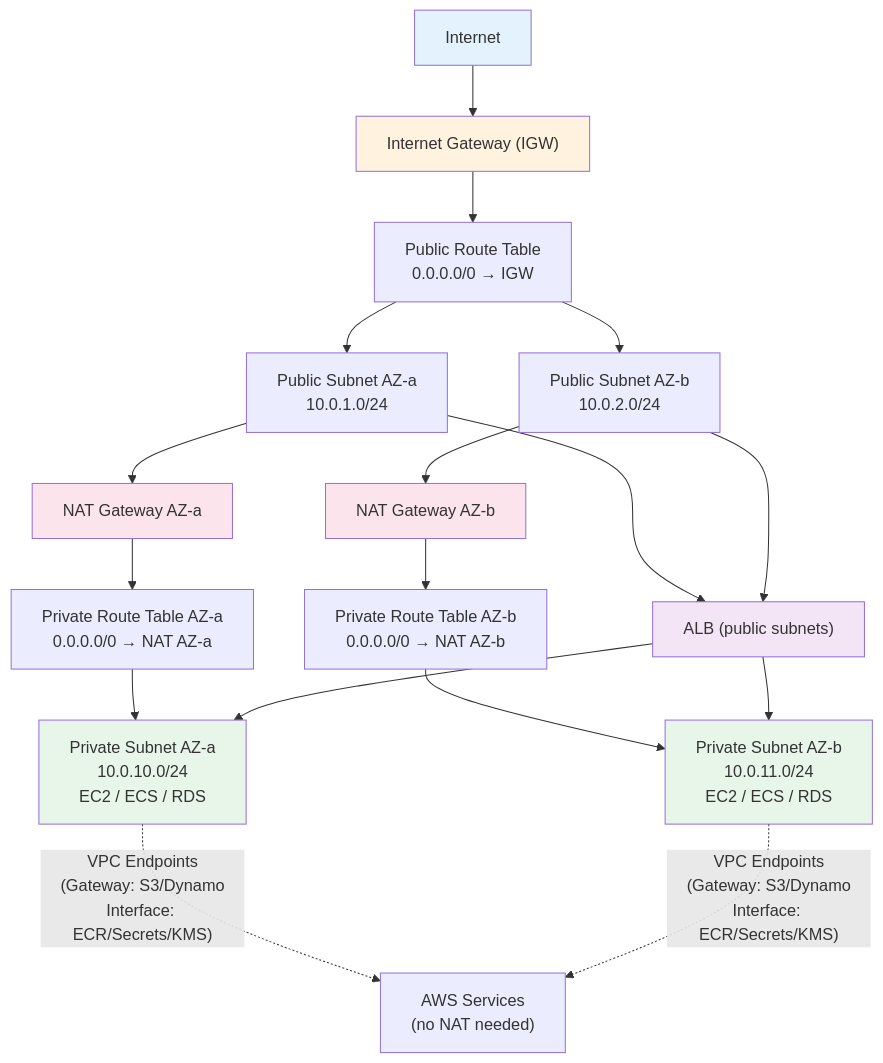
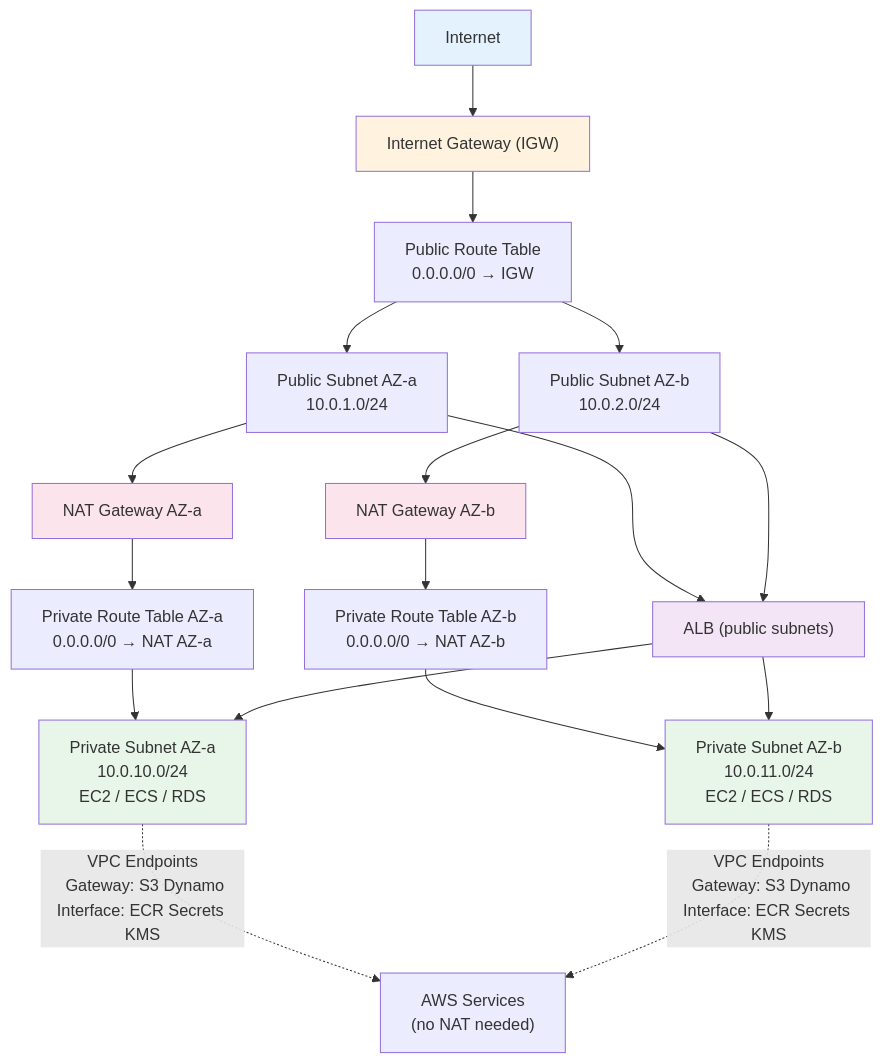
The fourth of 7 diagrams in vol-12-cloud-infra/ch05-cloud-primitives.md (bumbsclaw/textbooks), drawn with Mermaid before and after one commit. The commit also changed other lines of this file and 173 other files, not shown here.

First line of the commit message:
fix(mermaid): close note brackets, semicolons in Notes, stateDiagram br -> dash, edge parens

````diff
--- a/vol-12-cloud-infra/ch05-cloud-primitives.md
+++ b/vol-12-cloud-infra/ch05-cloud-primitives.md
@@ -596,24 +596,24 @@
 ```mermaid
 flowchart TB
     Internet["Internet"] --> IGW["Internet Gateway (IGW)"]
     IGW --> PubRT["Public Route Table<br/>0.0.0.0/0 → IGW"]
     PubRT --> PubSub1["Public Subnet AZ-a<br/>10.0.1.0/24"]
     PubRT --> PubSub2["Public Subnet AZ-b<br/>10.0.2.0/24"]
     PubSub1 --> NAT1["NAT Gateway AZ-a"]
     PubSub2 --> NAT2["NAT Gateway AZ-b"]
     NAT1 --> PrivRT1["Private Route Table AZ-a<br/>0.0.0.0/0 → NAT AZ-a"]
     NAT2 --> PrivRT2["Private Route Table AZ-b<br/>0.0.0.0/0 → NAT AZ-b"]
     PrivRT1 --> PrivSub1["Private Subnet AZ-a<br/>10.0.10.0/24<br/>EC2 / ECS / RDS"]
     PrivRT2 --> PrivSub2["Private Subnet AZ-b<br/>10.0.11.0/24<br/>EC2 / ECS / RDS"]
-    PrivSub1 & PrivSub2 -.->|"VPC Endpoints<br/>(Gateway: S3/Dynamo<br/>Interface: ECR/Secrets/KMS)"| AWS["AWS Services<br/>(no NAT needed)"]
+    PrivSub1 & PrivSub2 -.->|"VPC Endpoints<br > Gateway: S3 Dynamo<br >Interface: ECR Secrets KMS "| AWS["AWS Services<br/>(no NAT needed)"]
     PubSub1 & PubSub2 --> ALB["ALB (public subnets)"]
     ALB --> PrivSub1 & PrivSub2
 
     style Internet fill:#e3f2fd
     style IGW fill:#fff3e0
     style NAT1 fill:#fce4ec
     style NAT2 fill:#fce4ec
     style PrivSub1 fill:#e8f5e9
     style PrivSub2 fill:#e8f5e9
     style ALB fill:#f3e5f5
 ```
````
